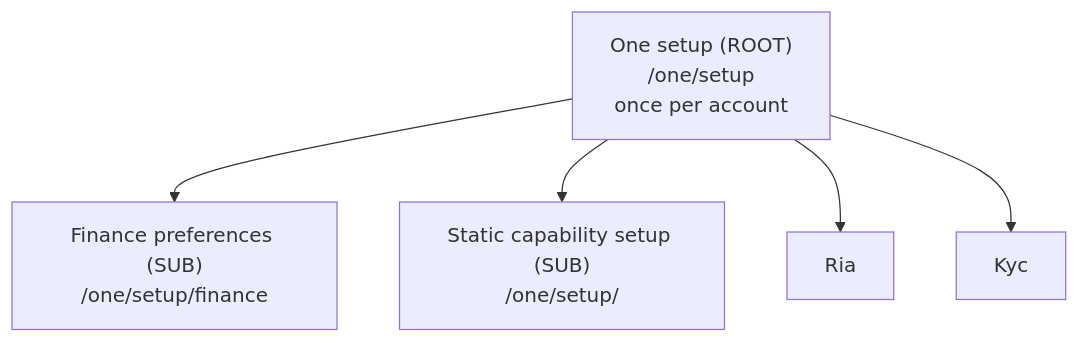
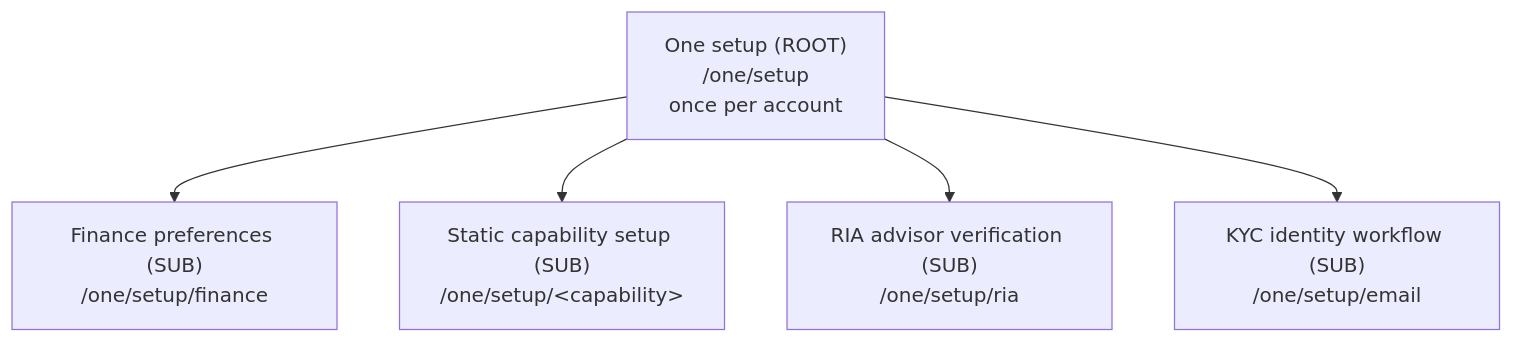
Before and after one commit to hushh-labs/hushh-research: the second of 2 diagrams in docs/reference/quality/one-onboarding-architecture.md, drawn with Mermaid. The commit also changed other lines of this file and 2 other files, not shown here.

````diff
--- a/docs/reference/quality/one-onboarding-architecture.md
+++ b/docs/reference/quality/one-onboarding-architecture.md
@@ -102,10 +111,12 @@
 ```mermaid
 flowchart TD
-  One["One setup (ROOT)\n/one/setup\nonce per account"]
-  Kai["Finance preferences (SUB)\n/one/setup/finance"]
-  Cap["Static capability setup (SUB)\n/one/setup/<capability>"]
+  One["One setup (ROOT)<br/>/one/setup<br/>once per account"]
+  Kai["Finance preferences (SUB)<br/>/one/setup/finance"]
+  Cap["Static capability setup (SUB)<br/>/one/setup/&lt;capability&gt;"]
+  Ria["RIA advisor verification (SUB)<br/>/one/setup/ria"]
+  Kyc["KYC identity workflow (SUB)<br/>/one/setup/email"]
   One --> Kai
   One --> Cap
   One --> Ria
   One --> Kyc
 ```
````
